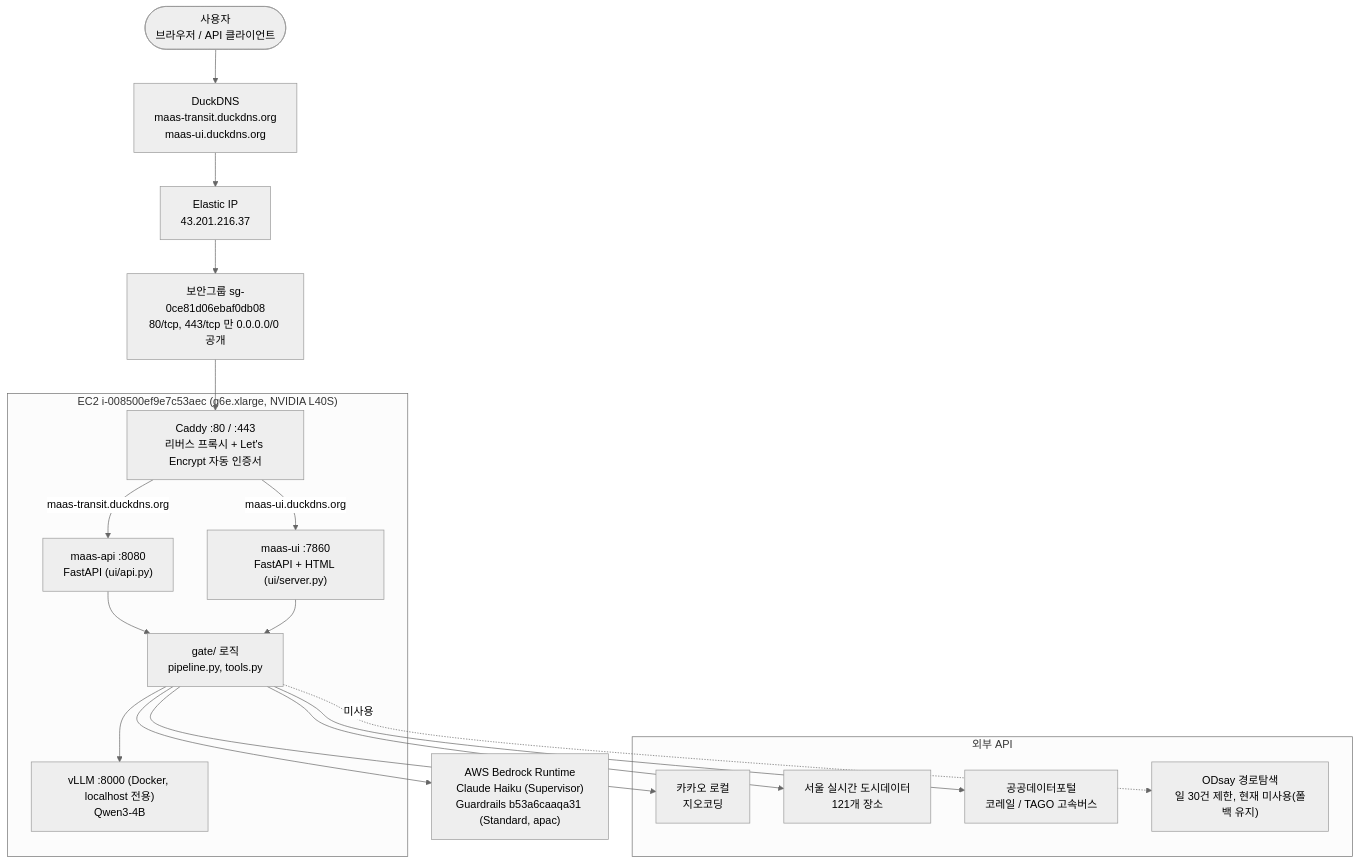
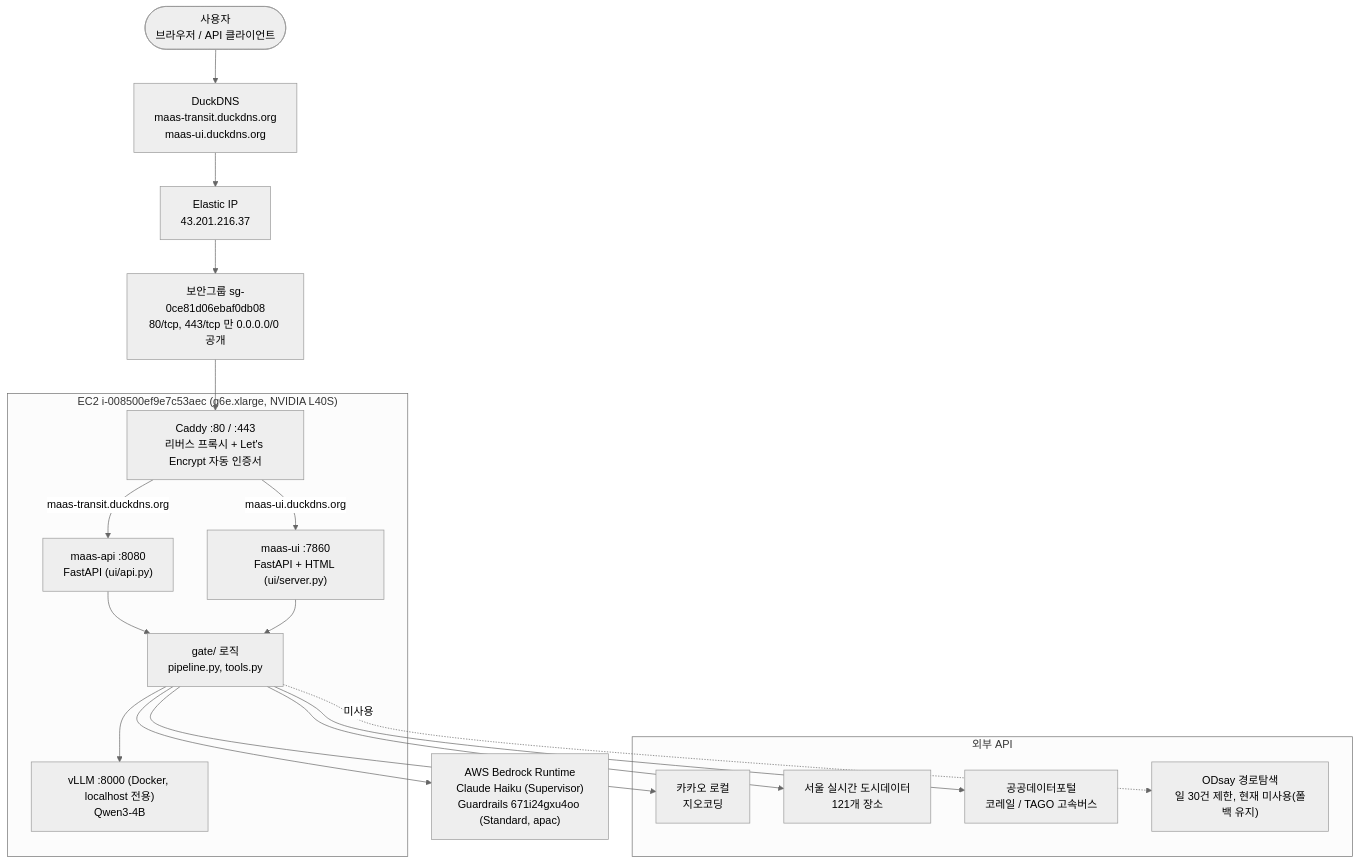
The diagram in docs/architecture/infrastructure.md (sweeetgy-boop/maas-multilingual-agent), drawn with Mermaid (neutral theme) before and after one commit. The commit also changed 3 other files, not shown here.

````diff
--- a/docs/architecture/infrastructure.md
+++ b/docs/architecture/infrastructure.md
@@ -6,40 +6,40 @@
 ```mermaid
 flowchart TD
     User(["사용자<br/>브라우저 / API 클라이언트"])
 
     DuckDNS["DuckDNS<br/>maas-transit.duckdns.org<br/>maas-ui.duckdns.org"]
     EIP["Elastic IP<br/>43.201.216.37"]
     SG["보안그룹 sg-0ce81d06ebaf0db08<br/>80/tcp, 443/tcp 만 0.0.0.0/0 공개"]
 
     User --> DuckDNS --> EIP --> SG
 
     subgraph ec2["EC2 i-008500ef9e7c53aec (g6e.xlarge, NVIDIA L40S)"]
         Caddy["Caddy :80 / :443<br/>리버스 프록시 + Let's Encrypt 자동 인증서"]
         MaasApi["maas-api :8080<br/>FastAPI (ui/api.py)"]
         MaasUi["maas-ui :7860<br/>FastAPI + HTML (ui/server.py)"]
         Gate["gate/ 로직<br/>pipeline.py, tools.py"]
         VLLM["vLLM :8000 (Docker, localhost 전용)<br/>Qwen3-4B"]
     end
 
     SG --> Caddy
     Caddy -->|"maas-transit.duckdns.org"| MaasApi
     Caddy -->|"maas-ui.duckdns.org"| MaasUi
     MaasApi --> Gate
     MaasUi --> Gate
     Gate --> VLLM
 
-    Bedrock["AWS Bedrock Runtime<br/>Claude Haiku (Supervisor)<br/>Guardrails b53a6caaqa31 (Standard, apac)"]
+    Bedrock["AWS Bedrock Runtime<br/>Claude Haiku (Supervisor)<br/>Guardrails 671i24gxu4oo (Standard, apac)"]
     Gate --> Bedrock
 
     subgraph external["외부 API"]
         Kakao["카카오 로컬<br/>지오코딩"]
         Seoul["서울 실시간 도시데이터<br/>121개 장소"]
         DataGoKr["공공데이터포털<br/>코레일 / TAGO 고속버스"]
         ODsay["ODsay 경로탐색<br/>일 30건 제한, 현재 미사용(폴백 유지)"]
     end
 
     Gate --> Kakao
     Gate --> Seoul
     Gate --> DataGoKr
     Gate -.->|"미사용"| ODsay
 ```
````
